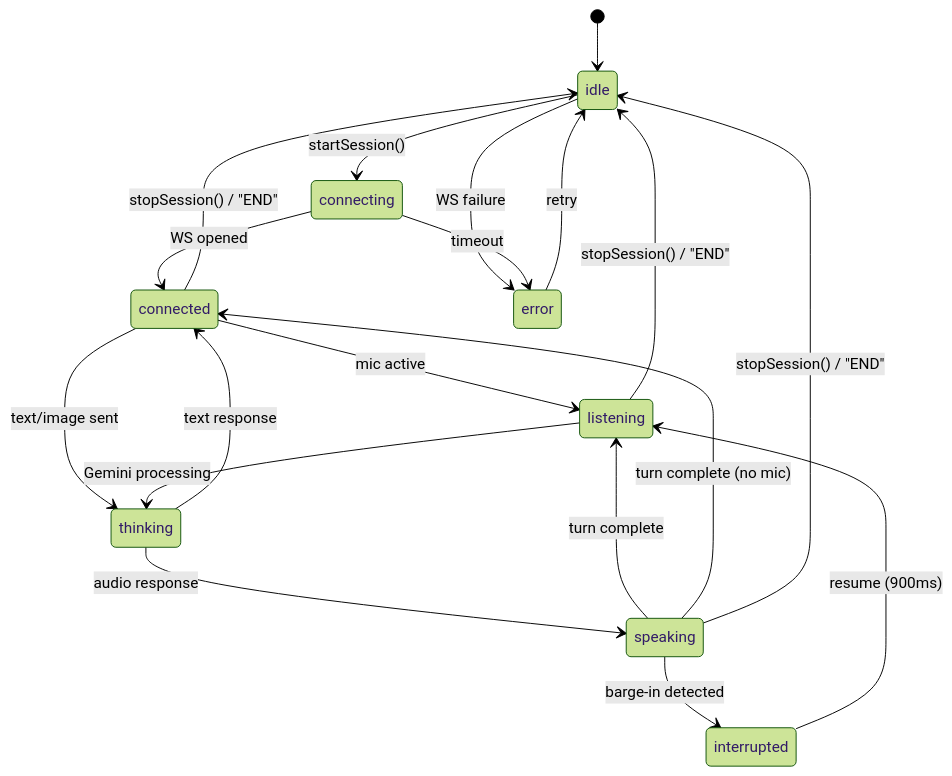
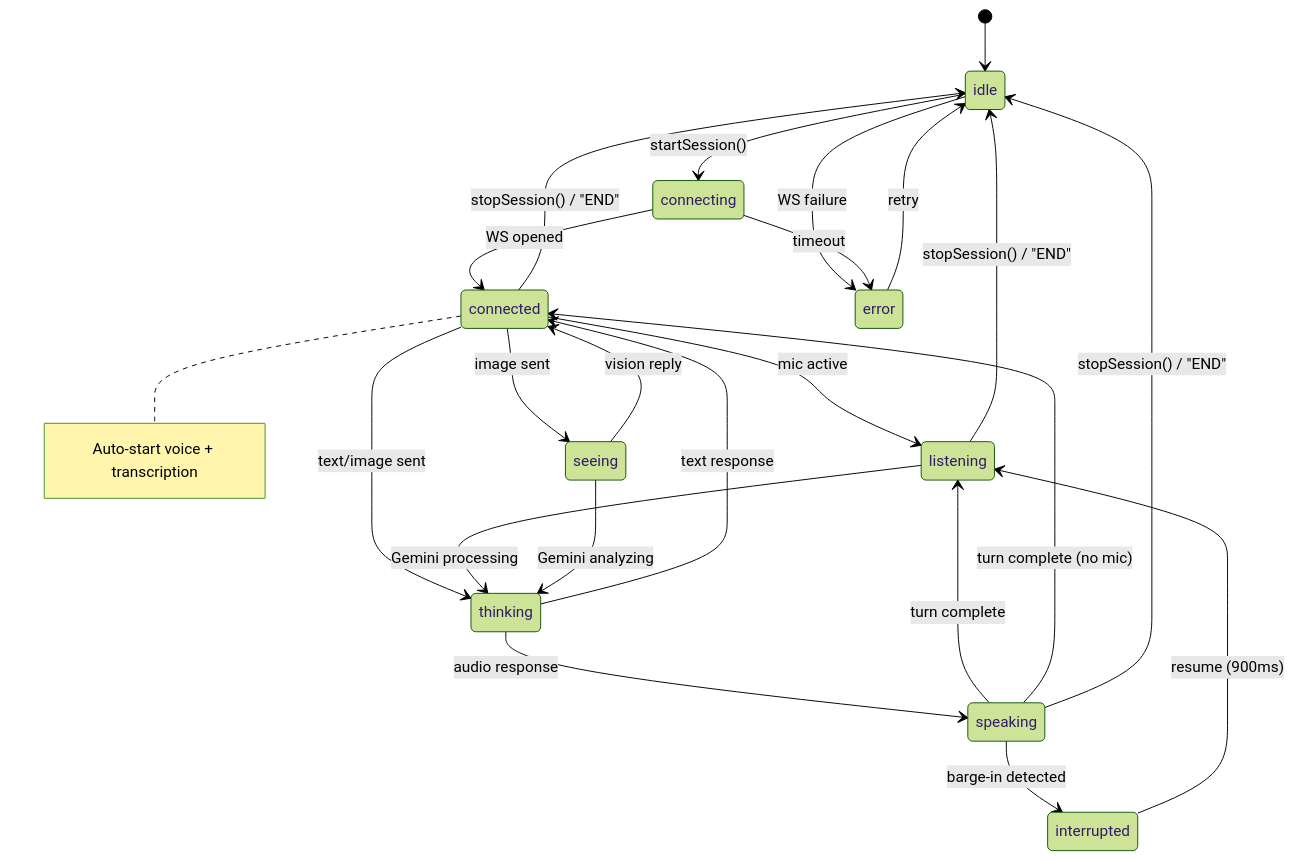
The fourth of 7 diagrams in docs/architecture/ARCHITECTURE_MERMAID.md (Appenza-Main-Org/solvewave-live), drawn with Mermaid (forest theme) before and after one commit. The commit also changed other lines of this file and 3 other files, not shown here.

First line of the commit message:
docs: update architecture files and generate diagram for v0.5.1

````diff
--- a/docs/architecture/ARCHITECTURE_MERMAID.md
+++ b/docs/architecture/ARCHITECTURE_MERMAID.md
@@ -238,28 +246,33 @@
 ```mermaid
 stateDiagram-v2
     [*] --> idle
 
     idle --> connecting: startSession()
     connecting --> connected: WS opened
+    Note right of connected: Auto-start voice + transcription
 
     connected --> listening: mic active
     connected --> thinking: text/image sent
+    connected --> seeing: image sent
 
     listening --> thinking: Gemini processing
     thinking --> speaking: audio response
     thinking --> connected: text response
+
+    seeing --> thinking: Gemini analyzing
+    seeing --> connected: vision reply
 
     speaking --> interrupted: barge-in detected
     speaking --> listening: turn complete
     speaking --> connected: turn complete (no mic)
 
     interrupted --> listening: resume (900ms)
 
     connected --> idle: stopSession() / "END"
     listening --> idle: stopSession() / "END"
     speaking --> idle: stopSession() / "END"
 
     idle --> error: WS failure
     connecting --> error: timeout
     error --> idle: retry
 ```
````
